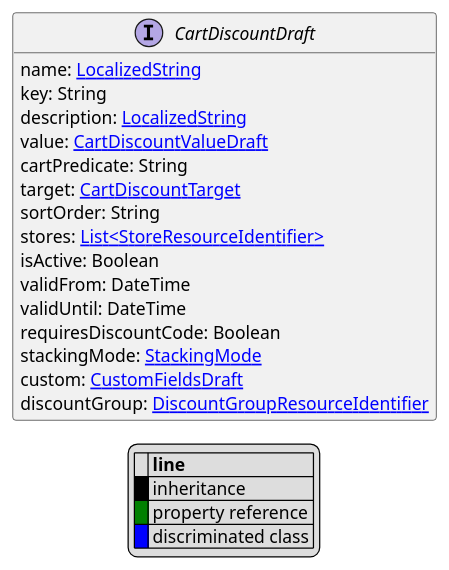
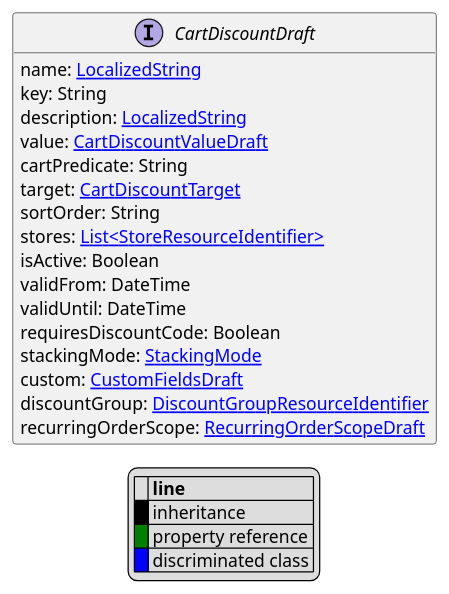
One commit to commercetools/commercetools-api-reference changed the diagram in uml/api/CartDiscountDraft.puml. Above: the diagram before and after it, drawn with PlantUML. The commit also changed 67 other files, not shown here.

```diff
--- a/uml/api/CartDiscountDraft.puml
+++ b/uml/api/CartDiscountDraft.puml
@@ -1,34 +1,35 @@
 @startuml
 
 hide empty fields
 hide empty methods
 legend
 |= |= line |
 |<back:black>   </back>| inheritance |
 |<back:green>   </back>| property reference |
 |<back:blue>   </back>| discriminated class |
 endlegend
 interface CartDiscountDraft [[CartDiscountDraft.svg]]  {
     name: [[LocalizedString.svg LocalizedString]]
     key: String
     description: [[LocalizedString.svg LocalizedString]]
     value: [[CartDiscountValueDraft.svg CartDiscountValueDraft]]
     cartPredicate: String
     target: [[CartDiscountTarget.svg CartDiscountTarget]]
     sortOrder: String
     stores: [[StoreResourceIdentifier.svg List<StoreResourceIdentifier>]]
     isActive: Boolean
     validFrom: DateTime
     validUntil: DateTime
     requiresDiscountCode: Boolean
     stackingMode: [[StackingMode.svg StackingMode]]
     custom: [[CustomFieldsDraft.svg CustomFieldsDraft]]
     discountGroup: [[DiscountGroupResourceIdentifier.svg DiscountGroupResourceIdentifier]]
+    recurringOrderScope: [[RecurringOrderScopeDraft.svg RecurringOrderScopeDraft]]
 }
 
 
 
 
 
 
 @enduml
```
